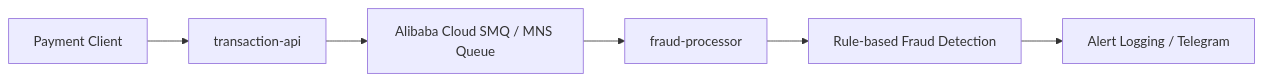
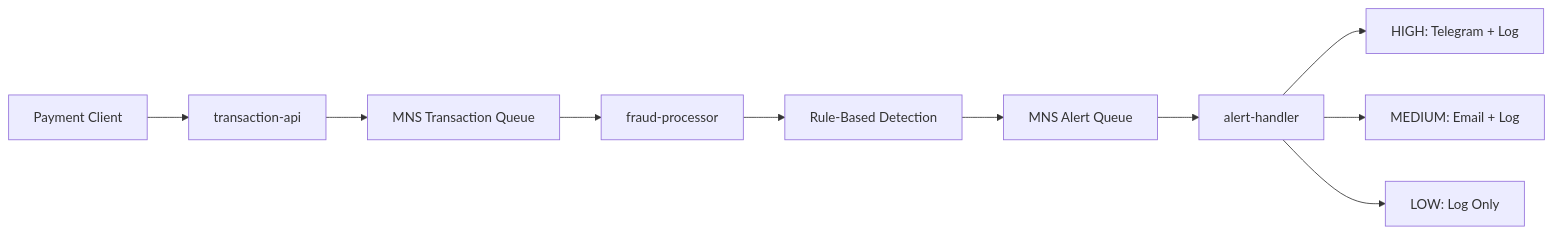
The diagram in README.md (wenzheng/h-fraud-detection), drawn with Mermaid before and after one commit. The commit also changed other lines of this file and 34 other files, not shown here.

Commit message:
seperate the alert handler with another queue to make sure the alert sending doesnt block the fraud data processing

````diff
--- a/README.md
+++ b/README.md
@@ -26,8 +12,12 @@
 ```mermaid
 flowchart LR
     Client["Payment Client"] --> API["transaction-api"]
-    API --> Queue["Alibaba Cloud SMQ / MNS Queue"]
-    Queue --> Processor["fraud-processor"]
-    Processor --> Rules["Rule-based Fraud Detection"]
-    Rules --> Alerts["Alert Logging / Telegram"]
+    API --> TQ["MNS Transaction Queue"]
+    TQ --> Processor["fraud-processor"]
+    Processor --> Rules["Rule-Based Detection"]
+    Rules --> AQ["MNS Alert Queue"]
+    AQ --> AlertHandler["alert-handler"]
+    AlertHandler --> High["HIGH: Telegram + Log"]
+    AlertHandler --> Medium["MEDIUM: Email + Log"]
+    AlertHandler --> Low["LOW: Log Only"]
 ```
````
